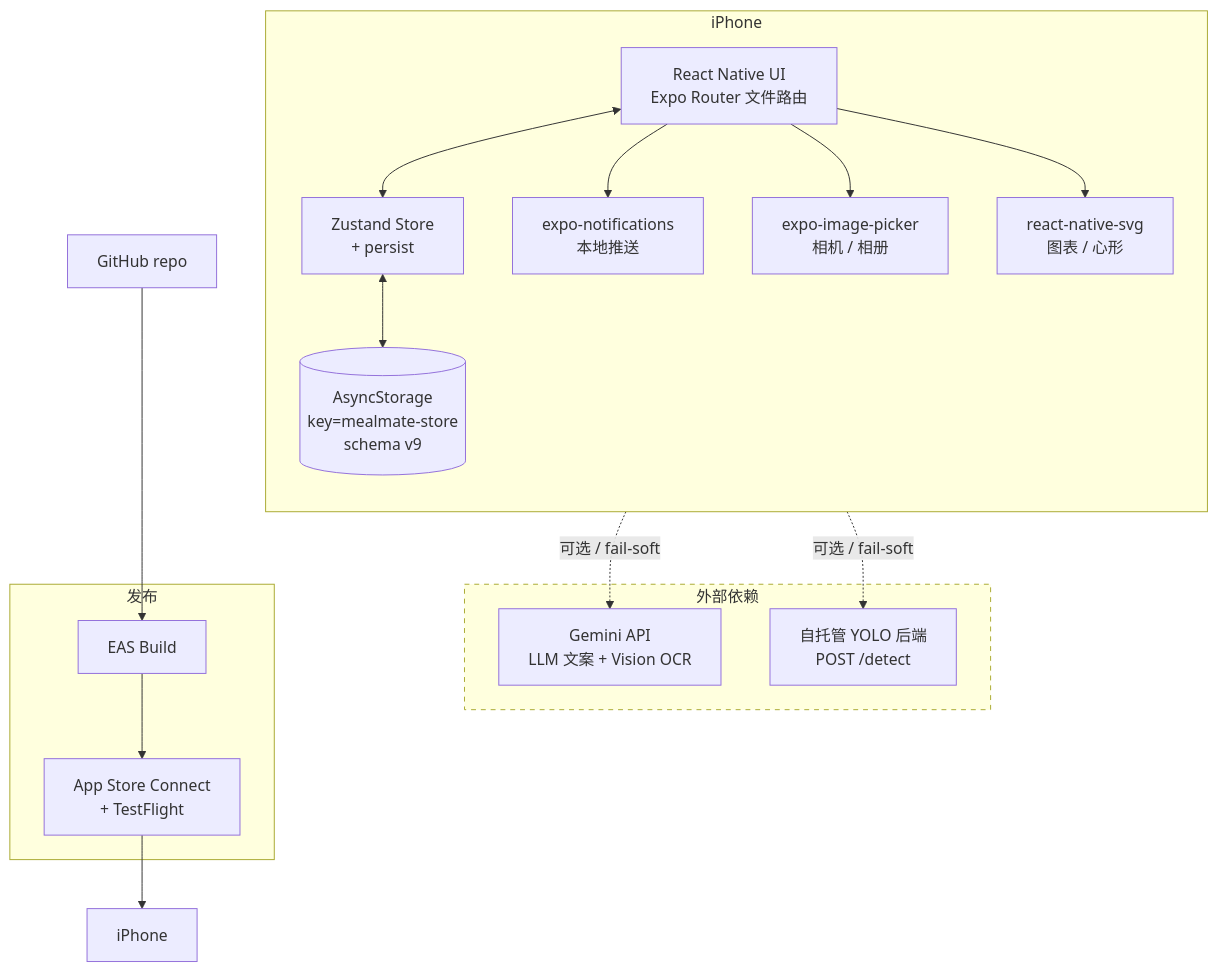
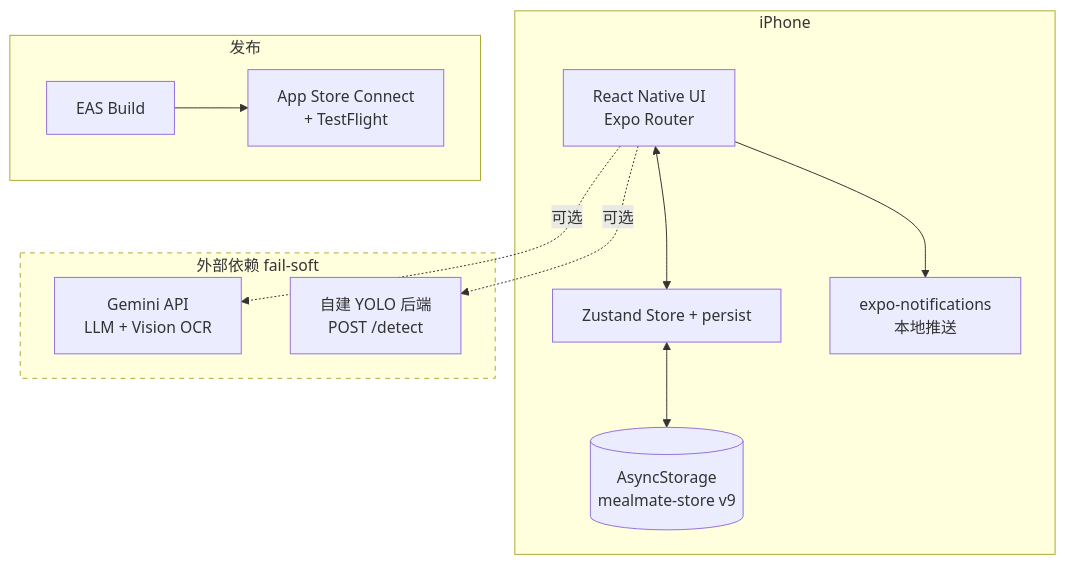
One commit to Xin-Ray/mealmate changed the diagram in docs/01-architecture.md. Above: the diagram before and after it, drawn with Mermaid. The commit also changed other lines of this file and 30 other files, not shown here.

First line of the commit message:
docs: 按一人公司 0-1 原则精简 docs（模块 5 行 / ER 指向 types / ADR 砍到核心 / API stub）

````diff
--- a/docs/01-architecture.md
+++ b/docs/01-architecture.md
@@ -5,36 +5,25 @@
 ```mermaid
 flowchart TB
   subgraph Device[iPhone]
-    direction TB
-    UI[React Native UI<br/>Expo Router 文件路由]
-    Store[Zustand Store<br/>+ persist]
-    AS[(AsyncStorage<br/>key=mealmate-store<br/>schema v9)]
+    UI[React Native UI<br/>Expo Router]
+    Store[Zustand Store + persist]
+    AS[(AsyncStorage<br/>mealmate-store v9)]
     Notif[expo-notifications<br/>本地推送]
-    Img[expo-image-picker<br/>相机 / 相册]
-    Svg[react-native-svg<br/>图表 / 心形]
   end
 
-  subgraph External[外部依赖]
-    Gemini[Gemini API<br/>LLM 文案 + Vision OCR]
-    Yolo[自托管 YOLO 后端<br/>POST /detect]
+  subgraph External[外部依赖 fail-soft]
+    Gemini[Gemini API<br/>LLM + Vision OCR]
+    Yolo[自建 YOLO 后端<br/>POST /detect]
   end
 
-  subgraph CI[发布]
-    EAS[EAS Build]
-    ASC[App Store Connect<br/>+ TestFlight]
+  subgraph Release[发布]
+    EAS[EAS Build] --> ASC[App Store Connect<br/>+ TestFlight]
   end
 
-  UI <--> Store
-  Store <--> AS
+  UI <--> Store <--> AS
   UI --> Notif
-  UI --> Img
-  UI --> Svg
-  UI -.可选 / fail-soft.-> Gemini
-  UI -.可选 / fail-soft.-> Yolo
-
-  Repo[GitHub repo] --> EAS
-  EAS --> ASC
-  ASC --> iPhone
+  UI -.可选.-> Gemini
+  UI -.可选.-> Yolo
 
   style External stroke-dasharray: 5 5
 ```
````
